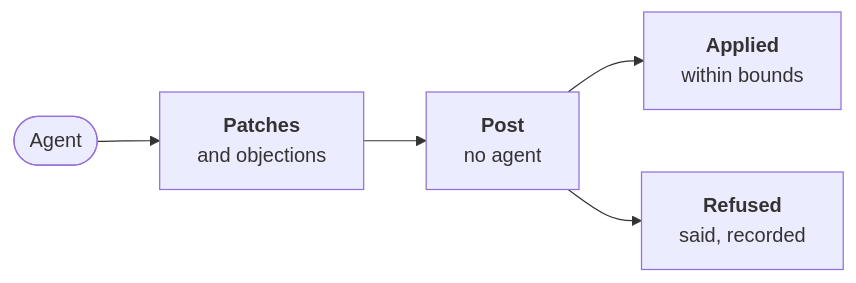
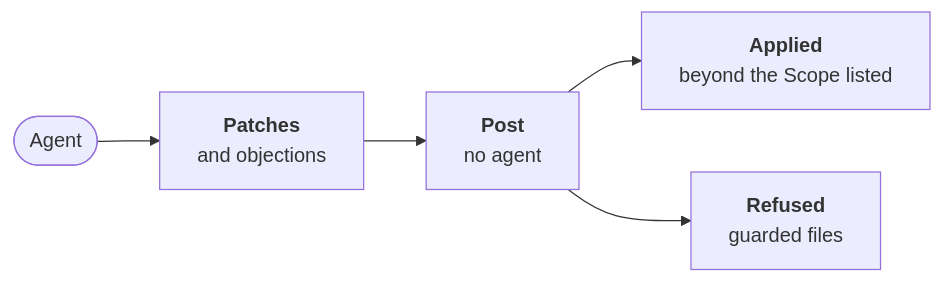
The diagram in roles/developer/docs/bounds.md (JN0V/workline), drawn with Mermaid before and after one commit. The commit also changed other lines of this file and 12 other files, not shown here.

````diff
--- a/roles/developer/docs/bounds.md
+++ b/roles/developer/docs/bounds.md
@@ -20,10 +20,10 @@
 ```mermaid
 flowchart LR
   agent(["Agent"])
   patches["<b>Patches</b><br/>and objections"]
   post["<b>Post</b><br/>no agent"]
-  kept["<b>Applied</b><br/>within bounds"]
-  refused["<b>Refused</b><br/>said, recorded"]
+  kept["<b>Applied</b><br/>beyond the Scope listed"]
+  refused["<b>Refused</b><br/>guarded files"]
   agent --> patches --> post --> kept
   post --> refused
 ```
````
